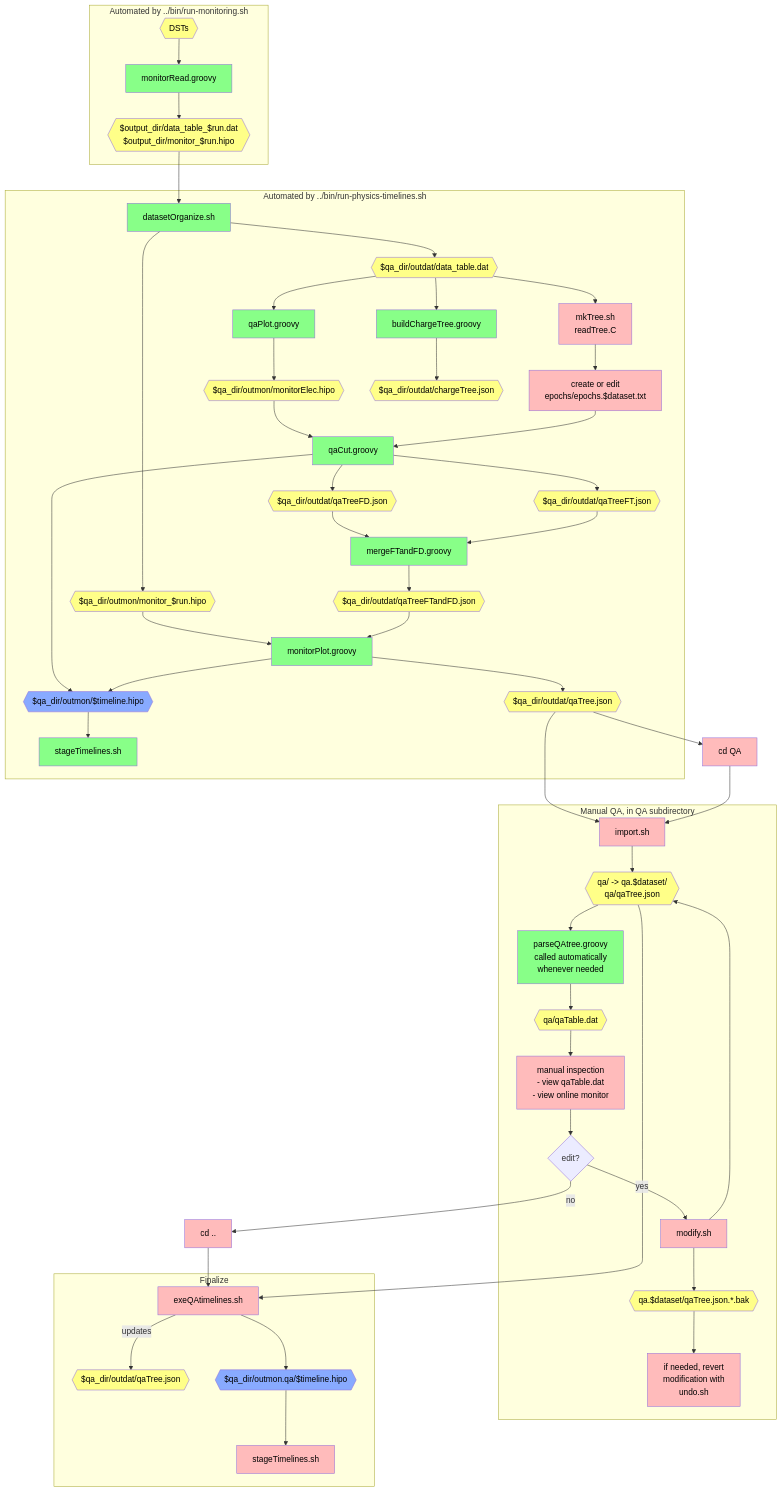
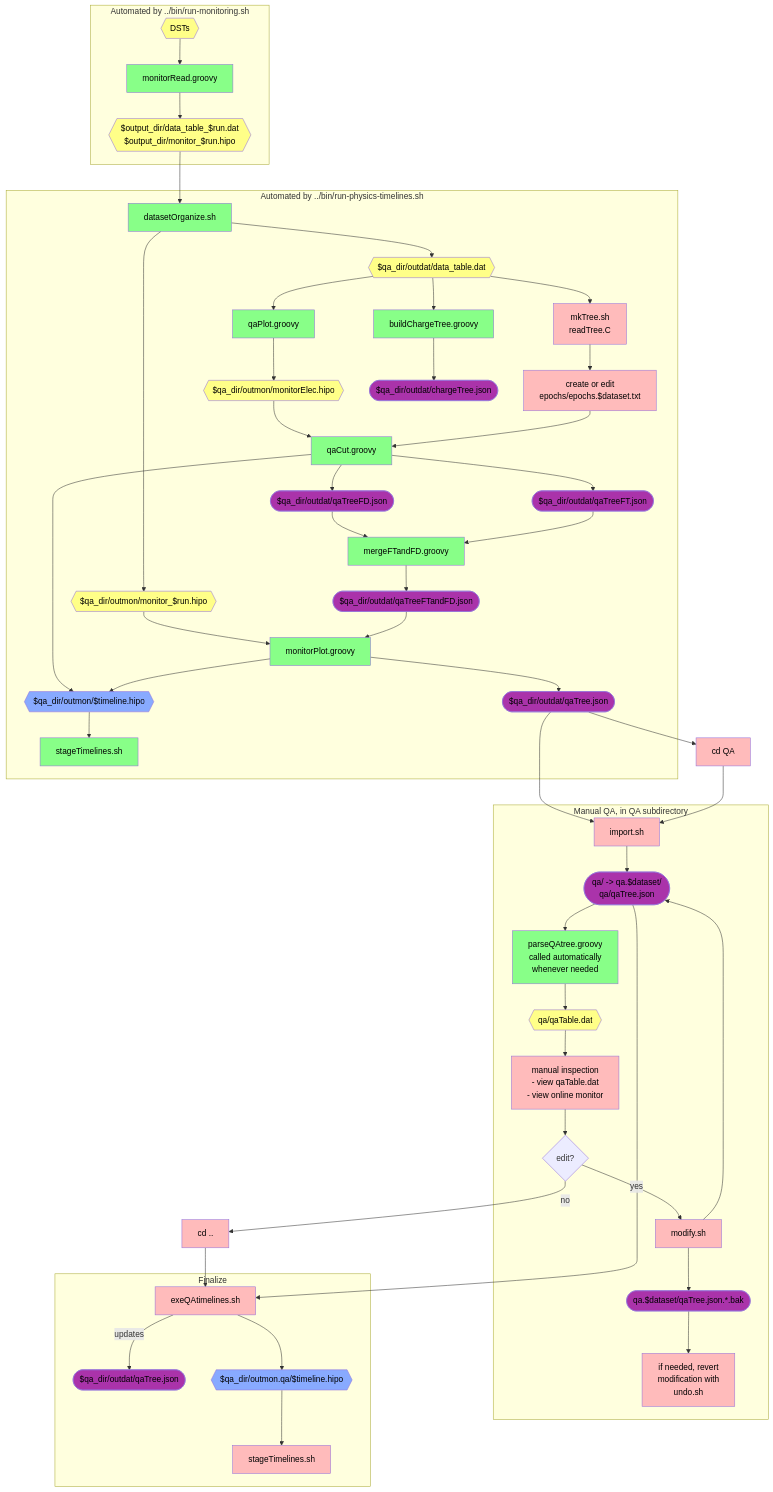
Before and after one commit to JeffersonLab/clas12-timeline: the second of 2 diagrams in qa-physics/docs/docDiagram.md, drawn with Mermaid. The commit also changed other lines of this file, not shown here.

Commit message:
doc: `mermaid` class for `json`

````diff
--- a/qa-physics/docs/docDiagram.md
+++ b/qa-physics/docs/docDiagram.md
@@ -52,9 +55,9 @@
 
       qaCut[qaCut.groovy]:::auto
       mergeFTandFD[mergeFTandFD.groovy]:::auto
-      qaTreeFD{{$qa_dir/outdat/qaTreeFD.json}}:::data
-      qaTreeFT{{$qa_dir/outdat/qaTreeFT.json}}:::data
-      qaTreeFTandFD{{$qa_dir/outdat/qaTreeFTandFD.json}}:::data
+      qaTreeFD([$qa_dir/outdat/qaTreeFD.json]):::json
+      qaTreeFT([$qa_dir/outdat/qaTreeFT.json]):::json
+      qaTreeFTandFD([$qa_dir/outdat/qaTreeFTandFD.json]):::json
       timelineFiles{{$qa_dir/outmon/$timeline.hipo}}:::timeline
       monitorElec --> qaCut
       createEpochs --> qaCut
@@ -64,14 +67,14 @@
       mergeFTandFD --> qaTreeFTandFD
 
       monitorPlot[monitorPlot.groovy]:::auto
-      qaTree{{$qa_dir/outdat/qaTree.json}}:::data
+      qaTree([$qa_dir/outdat/qaTree.json]):::json
       outmonFiles --> monitorPlot
       qaTreeFTandFD --> monitorPlot
       monitorPlot --> qaTree
       monitorPlot --> timelineFiles
 
       buildCT[buildChargeTree.groovy]:::auto
-      chargeTree{{$qa_dir/outdat/chargeTree.json}}:::data
+      chargeTree([$qa_dir/outdat/chargeTree.json]):::json
       stage0[stageTimelines.sh]:::auto
       outdatFiles --> buildCT
       buildCT --> chargeTree
@@ -80,7 +83,7 @@
 
     subgraph "Manual QA, in QA subdirectory"
       import[import.sh]:::manual
-      qaLoc{{qa/ -> qa.$dataset/<br>qa/qaTree.json}}:::data
+      qaLoc([qa/ -> qa.$dataset/<br>qa/qaTree.json]):::json
       parse[parseQAtree.groovy<br>called automatically<br>whenever needed]:::auto
       qaTable{{qa/qaTable.dat}}:::data
 
@@ -94,7 +97,7 @@
       inspect --> edit{edit?}
 
       modify[modify.sh]:::manual
-      qaBak{{qa.$dataset/qaTree.json.*.bak}}:::data
+      qaBak([qa.$dataset/qaTree.json.*.bak]):::json
       undo[if needed, revert<br>modification with<br>undo.sh]:::manual
       edit -->|yes|modify
       modify --> qaLoc
@@ -104,7 +107,7 @@
 
     subgraph "Finalize"
       exeQAtimelines[exeQAtimelines.sh]:::manual
-      qaTreeUpdated{{$qa_dir/outdat/qaTree.json}}:::data
+      qaTreeUpdated([$qa_dir/outdat/qaTree.json]):::json
       qaTL{{$qa_dir/outmon.qa/$timeline.hipo}}:::timeline
       stage1[stageTimelines.sh]:::manual
       qaLoc --> exeQAtimelines
@@ -122,4 +125,5 @@
     classDef auto fill:#8f8,color:black
     classDef manual fill:#fbb,color:black
     classDef timeline fill:#8af,color:black
+    classDef json fill:#a3a,color:black
 ```
````
